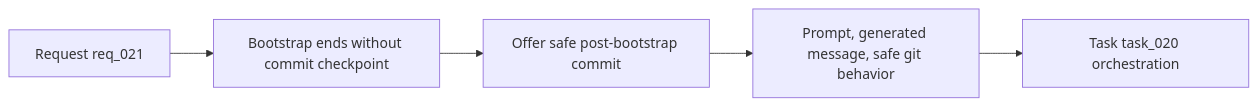
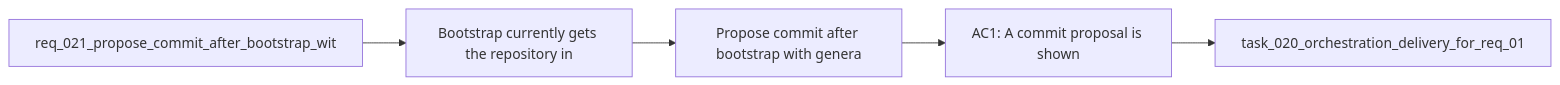
Before and after one commit to AlexAgo83/logics-manager: the diagram in logics/backlog/item_021_propose_commit_after_bootstrap_with_generated_message.md, drawn with Mermaid. The commit also changed 481 other files, not shown here.

````diff
--- a/logics/backlog/item_021_propose_commit_after_bootstrap_with_generated_message.md
+++ b/logics/backlog/item_021_propose_commit_after_bootstrap_with_generated_message.md
@@ -25,8 +25,9 @@
 ```mermaid
+%% logics-kind: backlog
 %% logics-signature: backlog|propose-commit-after-bootstrap-with-gene|req-021-propose-commit-after-bootstrap-w|bootstrap-currently-gets-the-repository-|ac1-a-commit-proposal-is-shown
 flowchart LR
-    Req[Request req_021] --> Problem[Bootstrap ends without commit checkpoint]
-    Problem --> Scope[Offer safe post-bootstrap commit]
-    Scope --> AC[Prompt, generated message, safe git behavior]
-    AC --> Tasks[Task task_020 orchestration]
+    Request[req_021_propose_commit_after_bootstrap_wit] --> Problem[Bootstrap currently gets the repository in]
+    Problem --> Scope[Propose commit after bootstrap with genera]
+    Scope --> Acceptance[AC1: A commit proposal is shown]
+    Acceptance --> Tasks[task_020_orchestration_delivery_for_req_01]
 ```
````
